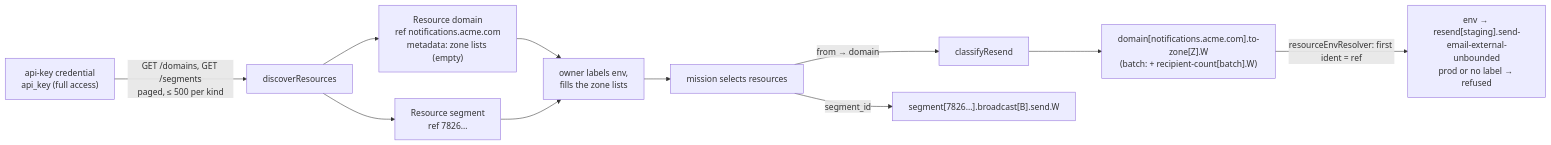
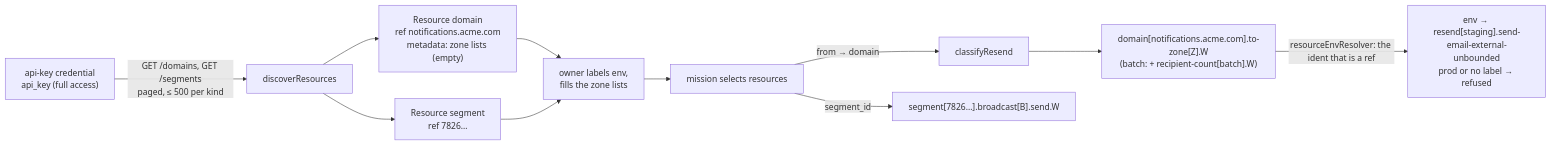
One commit to vaubaan/gateway changed the diagram in docs/handbook/providers/resend.md. Above: the diagram before and after it, drawn with Mermaid. The commit also changed other lines of this file and 59 other files, not shown here.

````diff
--- a/docs/handbook/providers/resend.md
+++ b/docs/handbook/providers/resend.md
@@ -65,12 +69,12 @@
 ```mermaid
 flowchart LR
   key["api-key credential<br/>api_key (full access)"] -->|"GET /domains, GET /segments<br/>paged, ≤ 500 per kind"| disc["discoverResources"]
   disc --> d["Resource domain<br/>ref notifications.acme.com<br/>metadata: zone lists (empty)"]
   disc --> s["Resource segment<br/>ref 7826…"]
   d & s --> owner["owner labels env,<br/>fills the zone lists"]
   owner --> mission["mission selects resources"]
   mission -->|"from → domain"| cls["classifyResend"]
   cls --> z["domain[notifications.acme.com].to-zone[Z].W<br/>(batch: + recipient-count[batch].W)"]
-  z -->|"resourceEnvResolver: first ident = ref"| env["env → resend[staging].send-email-external-unbounded<br/>prod or no label → refused"]
+  z -->|"resourceEnvResolver: the ident that is a ref"| env["env → resend[staging].send-email-external-unbounded<br/>prod or no label → refused"]
   mission -->|"segment_id"| b["segment[7826…].broadcast[B].send.W"]
 ```
````
